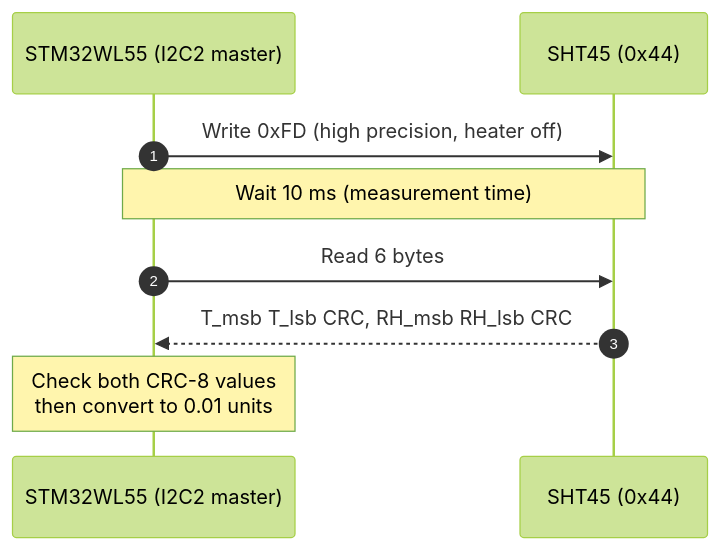
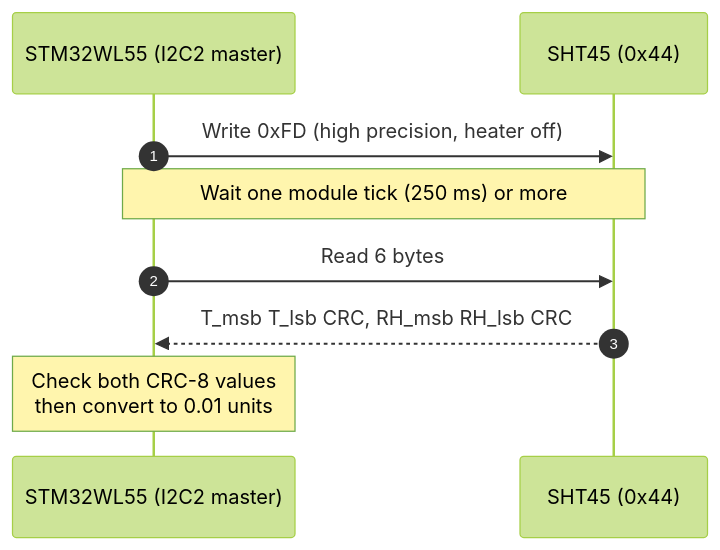
The second of 22 diagrams in docs/protocol-stack.md (clintecker/weather-station-2026), drawn with Mermaid (forest theme) before and after one commit. The commit also changed other lines of this file and 16 other files, not shown here.

````diff
--- a/docs/protocol-stack.md
+++ b/docs/protocol-stack.md
@@ -117,11 +117,11 @@
 ```mermaid
 sequenceDiagram
   autonumber
   participant MCU as STM32WL55 (I2C2 master)
   participant SHT as SHT45 (0x44)
   MCU->>SHT: Write 0xFD (high precision, heater off)
-  Note over MCU,SHT: Wait 10 ms (measurement time)
+  Note over MCU,SHT: Wait one module tick (250 ms) or more
   MCU->>SHT: Read 6 bytes
   SHT-->>MCU: T_msb T_lsb CRC, RH_msb RH_lsb CRC
   Note over MCU: Check both CRC-8 values<br/>then convert to 0.01 units
 ```
````
